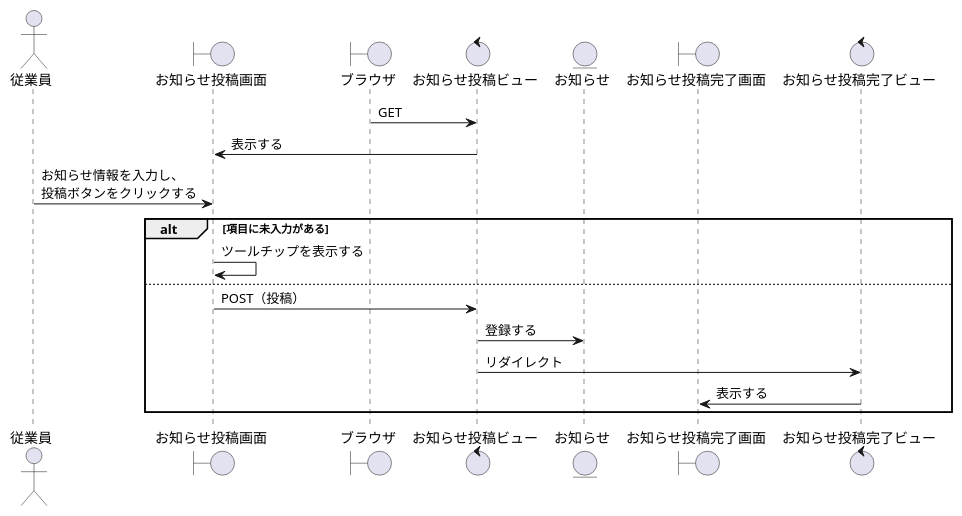
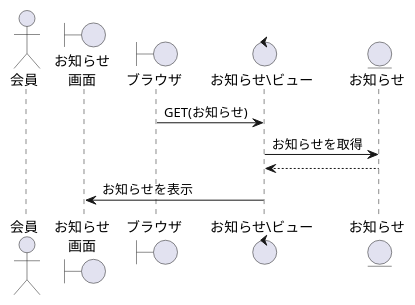
The diagram in 卒業研究/お知らせ.wsd (ysyk-wtnb16/team_D), drawn with PlantUML before and after one commit. The commit also changed 7 other files, not shown here.

```diff
--- a/卒業研究/お知らせ.wsd
+++ b/卒業研究/お知らせ.wsd
@@ -1,21 +1,14 @@
-' @startuml syouhin_touroku
-' actor "従業員" as act
-' boundary "お知らせ投稿画面" as stb
-' boundary "ブラウザ" as brz
-' control "お知らせ投稿ビュー" as stc
-' entity "お知らせ" as product
-' boundary "お知らせ投稿完了画面" as skb
-' control "お知らせ投稿完了ビュー" as skc
-
-' brz -> stc: GET
-' stb <- stc: 表示する
-' act -> stb: お知らせ情報を入力し、\n投稿ボタンをクリックする
-' alt 項目に未入力がある
-'     stb -> stb: ツールチップを表示する
-' else
-'     stb -> stc: POST（投稿）
-'     stc -> product: 登録する
-'     stc -> skc: リダイレクト 
-'     skb <- skc: 表示する
-' end
-' @enduml
+@startuml KR
+ 
+actor "会員" as user
+boundary "お知らせ\n画面" as Posts
+boundary "ブラウザ" as brz
+control "お知らせ\ビュー" as Postv
+entity "お知らせ" as Post
+ 
+brz -> Postv: GET(お知らせ)
+Postv -> Post: お知らせを取得
+Postv <-- Post:
+Posts <- Postv:お知らせを表示
+ 
+@enduml
```
